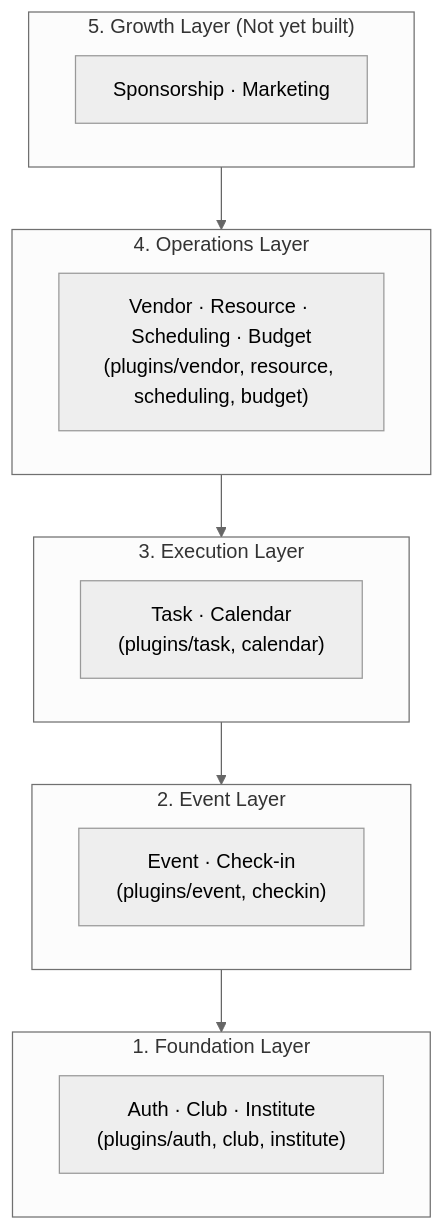
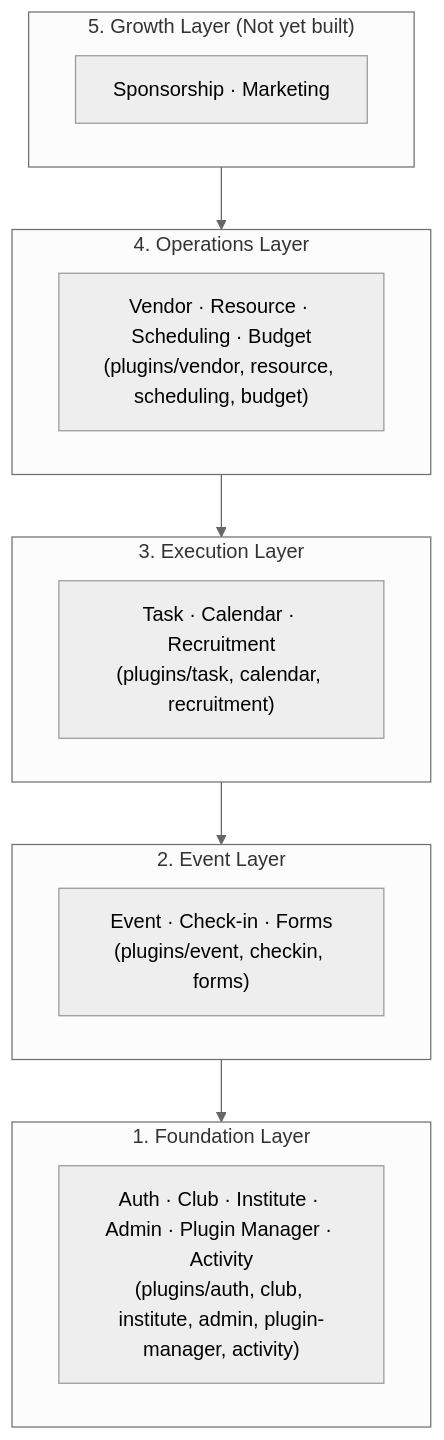
Before and after one commit to NITRR-Official/CampusOS: the second of 2 diagrams in docs/architecture/OVERVIEW.md, drawn with Mermaid (neutral theme). The commit also changed other lines of this file and 144 other files, not shown here.

````diff
--- a/docs/architecture/OVERVIEW.md
+++ b/docs/architecture/OVERVIEW.md
@@ -31,23 +31,23 @@
 ```mermaid
 flowchart TD
     subgraph L5 ["5. Growth Layer (Not yet built)"]
         G["Sponsorship · Marketing"]
     end
     subgraph L4 ["4. Operations Layer"]
         O["Vendor · Resource · Scheduling · Budget<br/>(plugins/vendor, resource, scheduling, budget)"]
     end
     subgraph L3 ["3. Execution Layer"]
-        E["Task · Calendar<br/>(plugins/task, calendar)"]
+        E["Task · Calendar · Recruitment<br/>(plugins/task, calendar, recruitment)"]
     end
     subgraph L2 ["2. Event Layer"]
-        Ev["Event · Check-in<br/>(plugins/event, checkin)"]
+        Ev["Event · Check-in · Forms<br/>(plugins/event, checkin, forms)"]
     end
     subgraph L1 ["1. Foundation Layer"]
-        F["Auth · Club · Institute<br/>(plugins/auth, club, institute)"]
+        F["Auth · Club · Institute · Admin · Plugin Manager · Activity<br/>(plugins/auth, club, institute, admin, plugin-manager, activity)"]
     end
 
     L5 --> L4
     L4 --> L3
     L3 --> L2
     L2 --> L1
 ```
````
